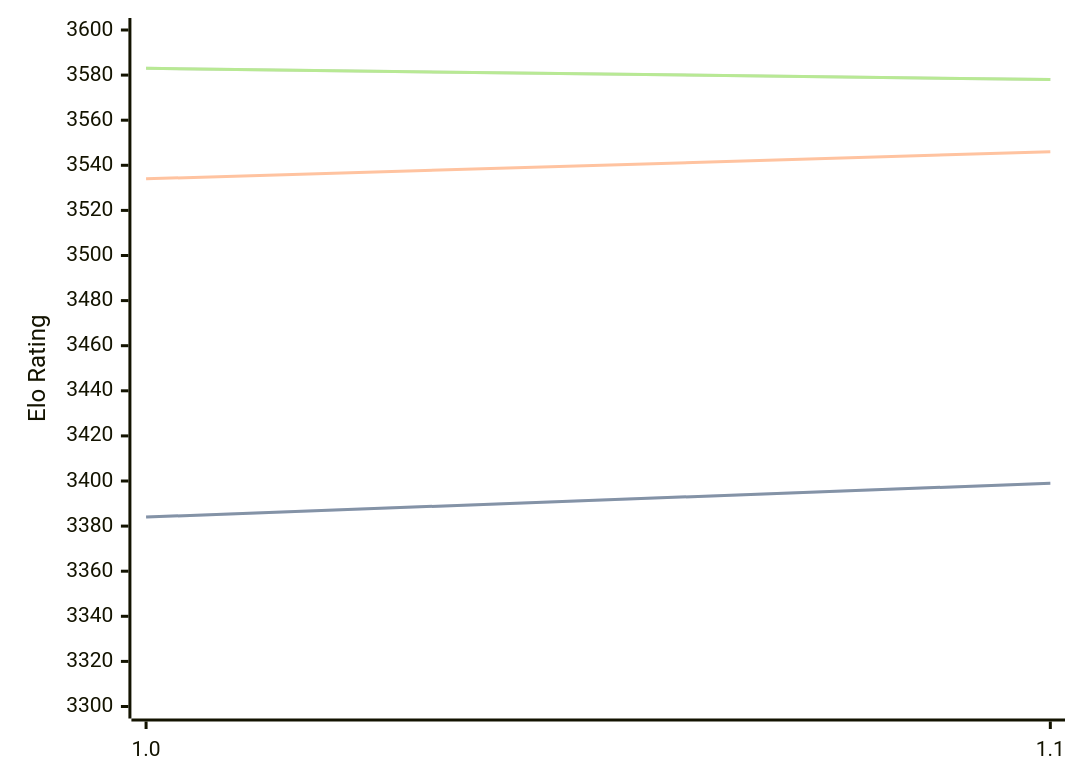
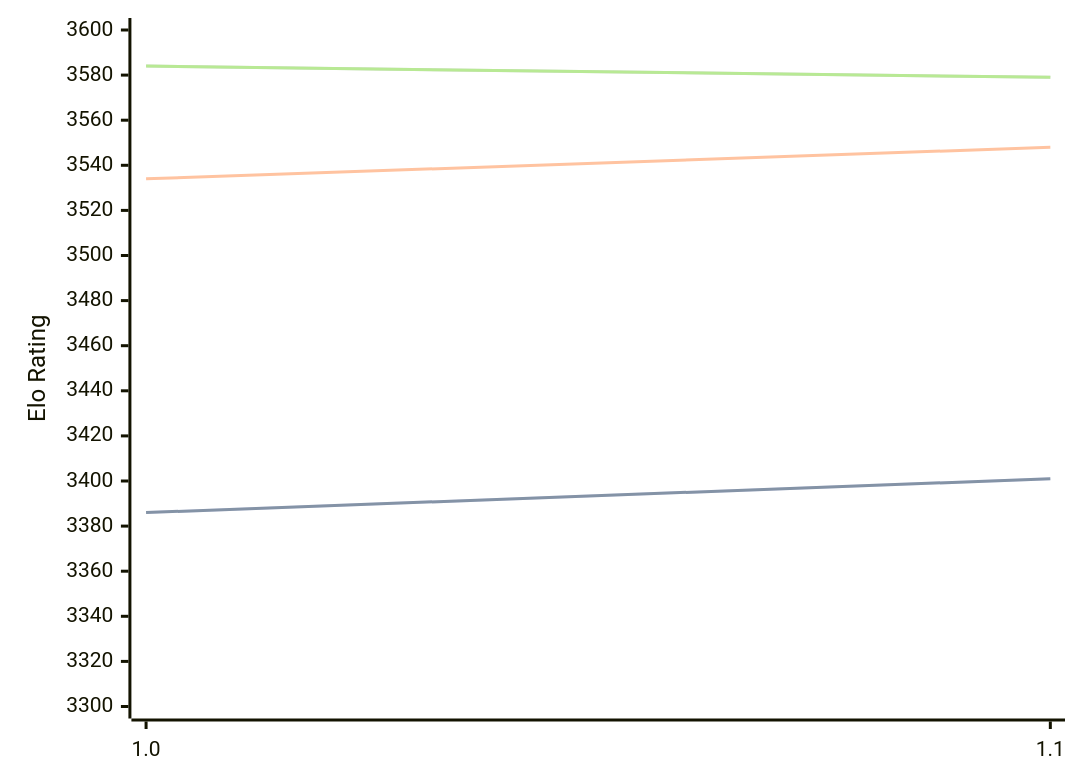
The diagram in engines/Horsie.md (computer-chess-index/cci), drawn with Mermaid before and after one commit. The commit also changed other lines of this file, not shown here.

Commit message:
Update CCI Ratings (ELO VLTC) - 2026-05-16

````diff
--- a/engines/Horsie.md
+++ b/engines/Horsie.md
@@ -32,11 +32,11 @@
 ```mermaid
 %%{init: {"theme":"base","themeVariables":{"seriesColors:['#a3a3a3','#222221','#faa371']}}}%%
 xychart-beta
   x-axis ["1.0", "1.1"]
   y-axis "Elo Rating" 3300 --> 3600
-  line "STC (8.0+0.08s)" [3384, 3399]
-  line "STC (8.0+0.08s)" [3384, 3399]
-  line "LTC (60.0+0.60s)" [3534, 3546]
-  line "VLTC (2m24s+1.12s)" [3583, 3578]
-  line "VLTC (2m24s+1.12s)" [3583, 3578]
+  line "STC (8.0+0.08s)" [3386, 3401]
+  line "STC (8.0+0.08s)" [3386, 3401]
+  line "LTC (60.0+0.60s)" [3534, 3548]
+  line "VLTC (2m24s+1.12s)" [3584, 3579]
+  line "VLTC (2m24s+1.12s)" [3584, 3579]
 ```
````
